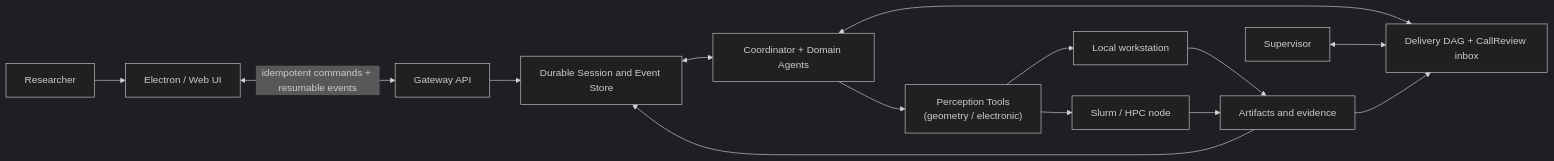
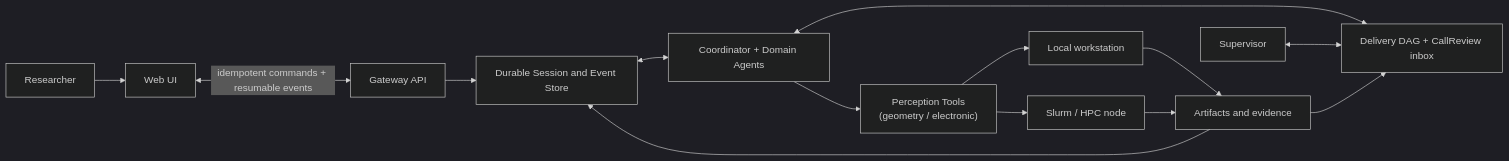
Before and after one commit to jiajia-jun/Cloudra-mechanism-agent: the diagram in README.md, drawn with Mermaid (dark theme). The commit also changed other lines of this file and 26 other files, not shown here.

First line of the commit message:
refactor(frontend): drop Electron and default cloudra to web server

````diff
--- a/README.md
+++ b/README.md
@@ -148,16 +148,16 @@
 ```mermaid
 flowchart LR
-    U["Researcher"] --> C["Electron / Web UI"]
+    U["Researcher"] --> C["Web UI"]
     C <-->|"idempotent commands + resumable events"| G["Gateway API"]
     G --> S["Durable Session and Event Store"]
     S <--> A["Coordinator + Domain Agents"]
     A --> P["Perception Tools<br/>(geometry / electronic)"]
     A <--> D2["Delivery DAG + CallReview inbox"]
     SV["Supervisor"] <--> D2
     P --> L["Local workstation"]
     P --> H["Slurm / HPC node"]
     L --> R["Artifacts and evidence"]
     H --> R
     R --> D2
     R --> S
 ```
````
